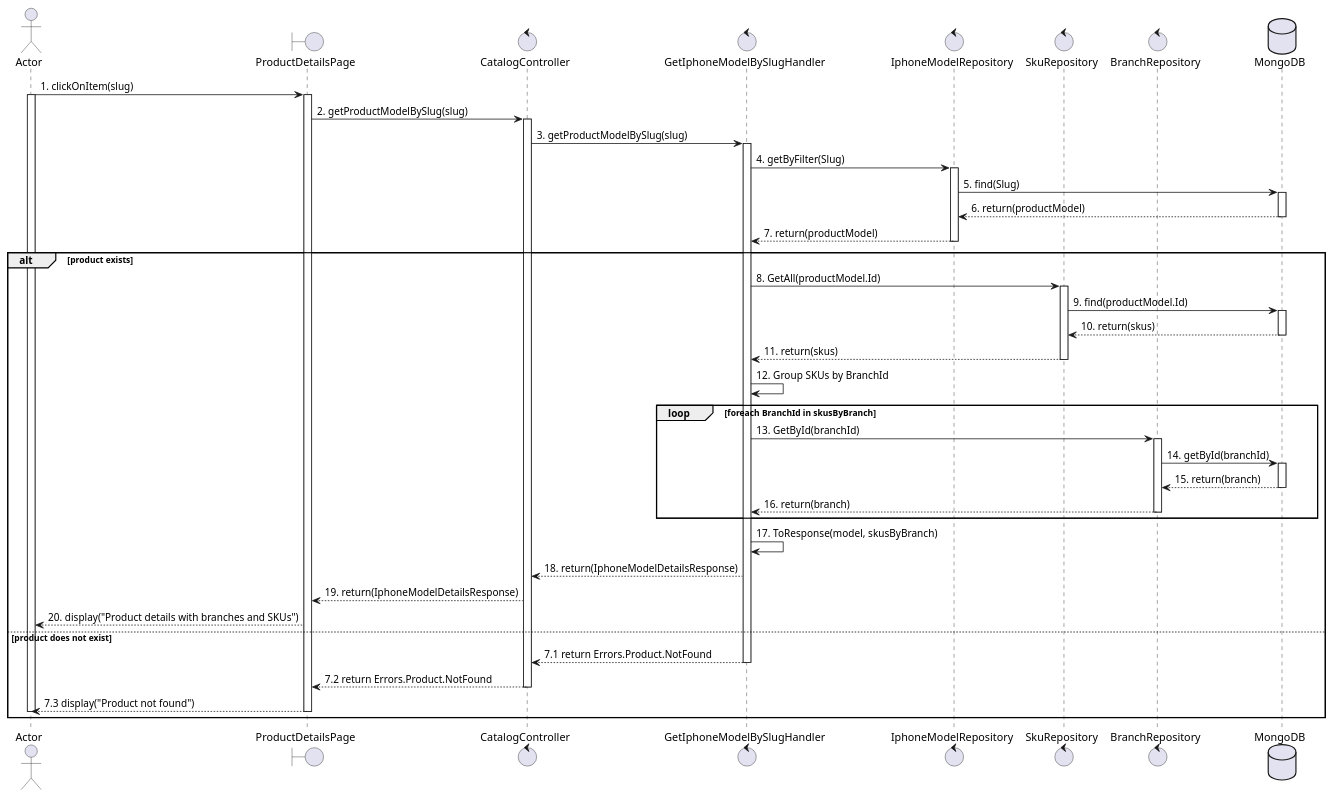
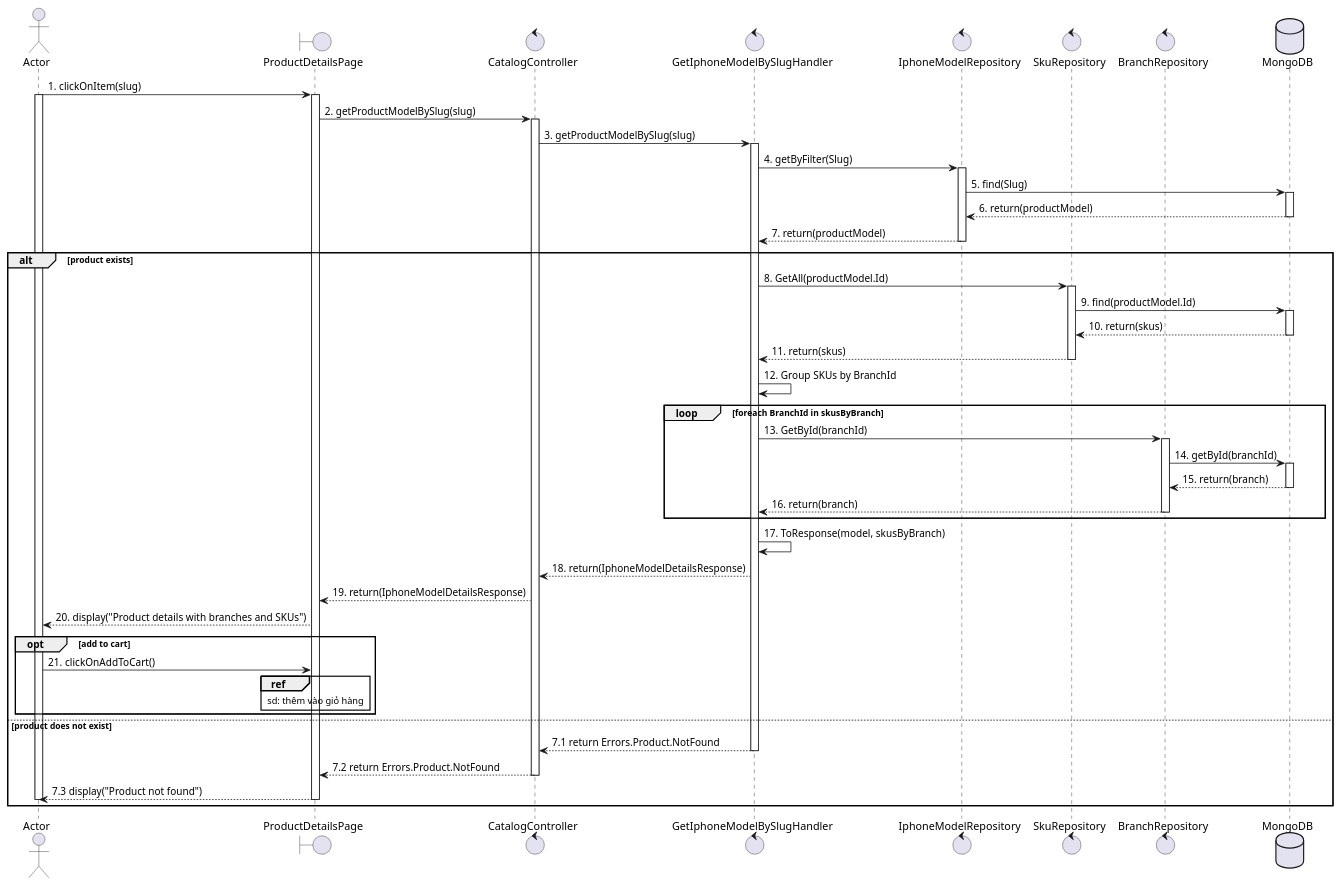
One commit to Young-Z-Generation-YZG/your-comfort-my-apple changed the diagram in docs/usecases/UC7_view-product-details.plantuml. Above: the diagram before and after it, drawn with PlantUML. The commit also changed 2 other files, not shown here.

```diff
--- a/docs/usecases/UC7_view-product-details.plantuml
+++ b/docs/usecases/UC7_view-product-details.plantuml
@@ -1,65 +1,70 @@
 @startuml UC7_view_product_details
 actor Actor
 boundary ProductDetailsPage
 control CatalogController
 control GetIphoneModelBySlugHandler
 control IphoneModelRepository
 control SkuRepository
 control BranchRepository
 database MongoDB
 
 Actor -> ProductDetailsPage: 1. clickOnItem(slug)
 activate Actor
 activate ProductDetailsPage
 
 ProductDetailsPage -> CatalogController: 2. getProductModelBySlug(slug)
 activate CatalogController
 
 CatalogController -> GetIphoneModelBySlugHandler: 3. getProductModelBySlug(slug)
 activate GetIphoneModelBySlugHandler
 
 GetIphoneModelBySlugHandler -> IphoneModelRepository: 4. getByFilter(Slug)
 activate IphoneModelRepository
 IphoneModelRepository -> MongoDB: 5. find(Slug)
 activate MongoDB
 MongoDB --> IphoneModelRepository: 6. return(productModel)
 deactivate MongoDB
 IphoneModelRepository --> GetIphoneModelBySlugHandler: 7. return(productModel)
 deactivate IphoneModelRepository
 
 alt product exists
     GetIphoneModelBySlugHandler -> SkuRepository: 8. GetAll(productModel.Id)
     activate SkuRepository
     SkuRepository -> MongoDB: 9. find(productModel.Id)
     activate MongoDB
     MongoDB --> SkuRepository: 10. return(skus)
     deactivate MongoDB
     SkuRepository --> GetIphoneModelBySlugHandler: 11. return(skus)
     deactivate SkuRepository
     GetIphoneModelBySlugHandler -> GetIphoneModelBySlugHandler: 12. Group SKUs by BranchId
     loop foreach BranchId in skusByBranch
         GetIphoneModelBySlugHandler -> BranchRepository: 13. GetById(branchId)
         activate BranchRepository
         BranchRepository -> MongoDB: 14. getById(branchId)
         activate MongoDB
         MongoDB --> BranchRepository: 15. return(branch)
         deactivate MongoDB
         BranchRepository --> GetIphoneModelBySlugHandler: 16. return(branch)
         deactivate BranchRepository
     end
     
     GetIphoneModelBySlugHandler -> GetIphoneModelBySlugHandler: 17. ToResponse(model, skusByBranch)
     GetIphoneModelBySlugHandler --> CatalogController: 18. return(IphoneModelDetailsResponse)
     CatalogController --> ProductDetailsPage: 19. return(IphoneModelDetailsResponse)
     ProductDetailsPage --> Actor: 20. display("Product details with branches and SKUs")
+
+    opt add to cart
+        Actor -> ProductDetailsPage: 21. clickOnAddToCart()
+        ref over ProductDetailsPage: sd: thêm vào giỏ hàng
+    end
 else product does not exist
     GetIphoneModelBySlugHandler --> CatalogController: 7.1 return Errors.Product.NotFound
     deactivate GetIphoneModelBySlugHandler
     CatalogController --> ProductDetailsPage: 7.2 return Errors.Product.NotFound
     deactivate CatalogController
     ProductDetailsPage --> Actor: 7.3 display("Product not found")
     deactivate ProductDetailsPage
     deactivate Actor
 end
 
 @enduml
```
